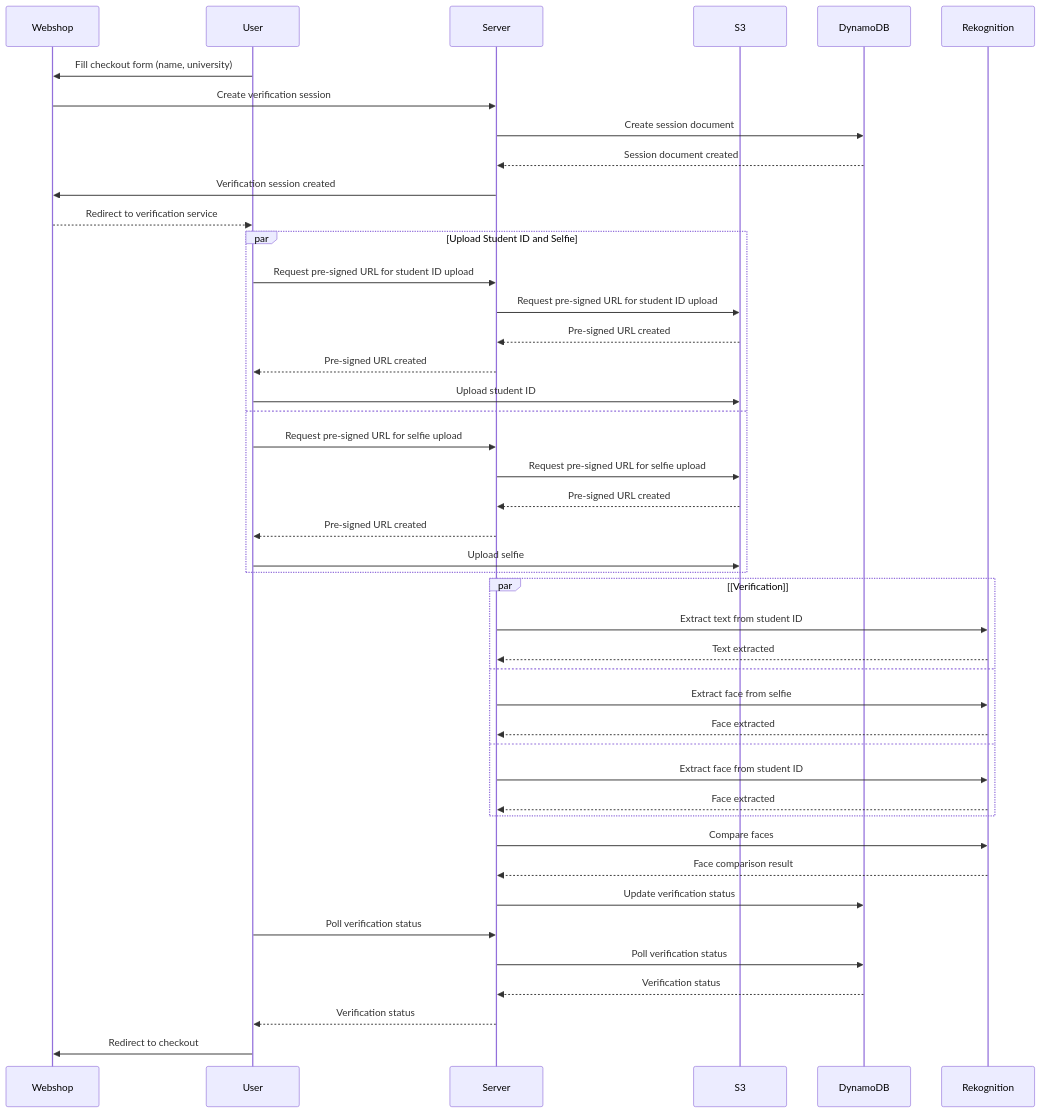
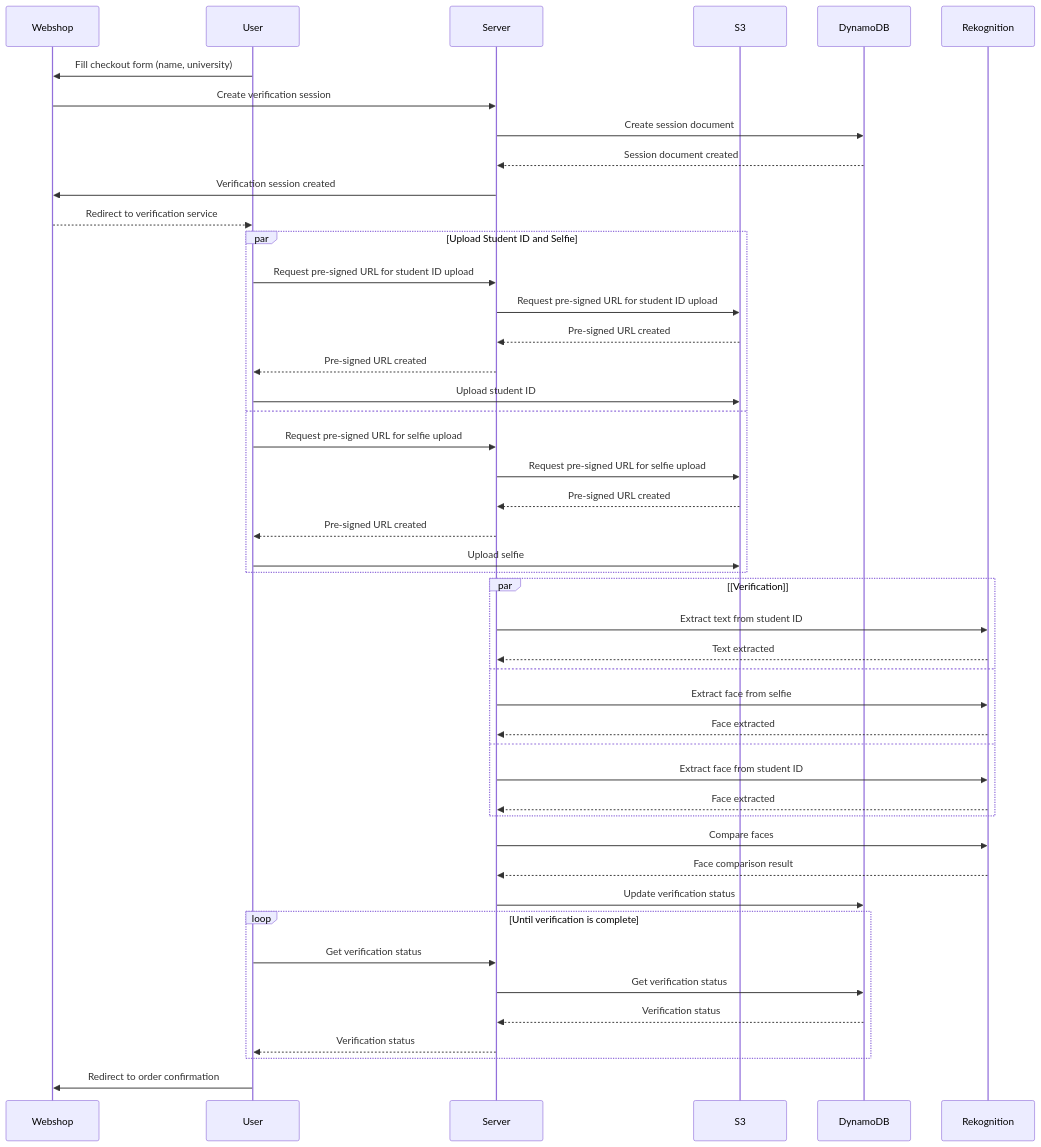
The diagram in docs/API.md (pierre-jezegou/kys), drawn with Mermaid before and after one commit.

Commit message:
Add user polling

````diff
--- a/docs/API.md
+++ b/docs/API.md
@@ -13,52 +13,55 @@
 ```mermaid
 sequenceDiagram
     participant Webshop
     participant User
     participant Server
     participant S3
     participant DynamoDB
     participant Rekognition
 
     User->>Webshop: Fill checkout form (name, university)
     Webshop->>Server: Create verification session
     Server->>DynamoDB: Create session document
     DynamoDB-->>Server: Session document created
     Server->>Webshop: Verification session created
     Webshop-->>User: Redirect to verification service
 
     par Upload Student ID and Selfie
         User->>Server: Request pre-signed URL for student ID upload
         Server->>S3: Request pre-signed URL for student ID upload
         S3-->>Server: Pre-signed URL created
         Server-->>User: Pre-signed URL created
         User->>S3: Upload student ID
     and
         User->>Server: Request pre-signed URL for selfie upload
         Server->>S3: Request pre-signed URL for selfie upload
         S3-->>Server: Pre-signed URL created
         Server-->>User: Pre-signed URL created
         User->>S3: Upload selfie
     end
 
     par [Verification]
         Server->>Rekognition: Extract text from student ID
         Rekognition-->>Server: Text extracted
     and
         Server->>Rekognition: Extract face from selfie
         Rekognition-->>Server: Face extracted
     and
         Server->>Rekognition: Extract face from student ID
         Rekognition-->>Server: Face extracted
     end
 
     Server->>Rekognition: Compare faces
     Rekognition-->>Server: Face comparison result
 
     Server->>DynamoDB: Update verification status
 
-    User->>Server: Poll verification status
-    Server->>DynamoDB: Poll verification status
-    DynamoDB-->>Server: Verification status
-    Server-->>User: Verification status
-    User->>Webshop: Redirect to checkout
+    loop Until verification is complete
+        User->>Server: Get verification status
+        Server->>DynamoDB: Get verification status
+        DynamoDB-->>Server: Verification status
+        Server-->>User: Verification status
+    end
+
+    User->>Webshop: Redirect to order confirmation
 ```
````
